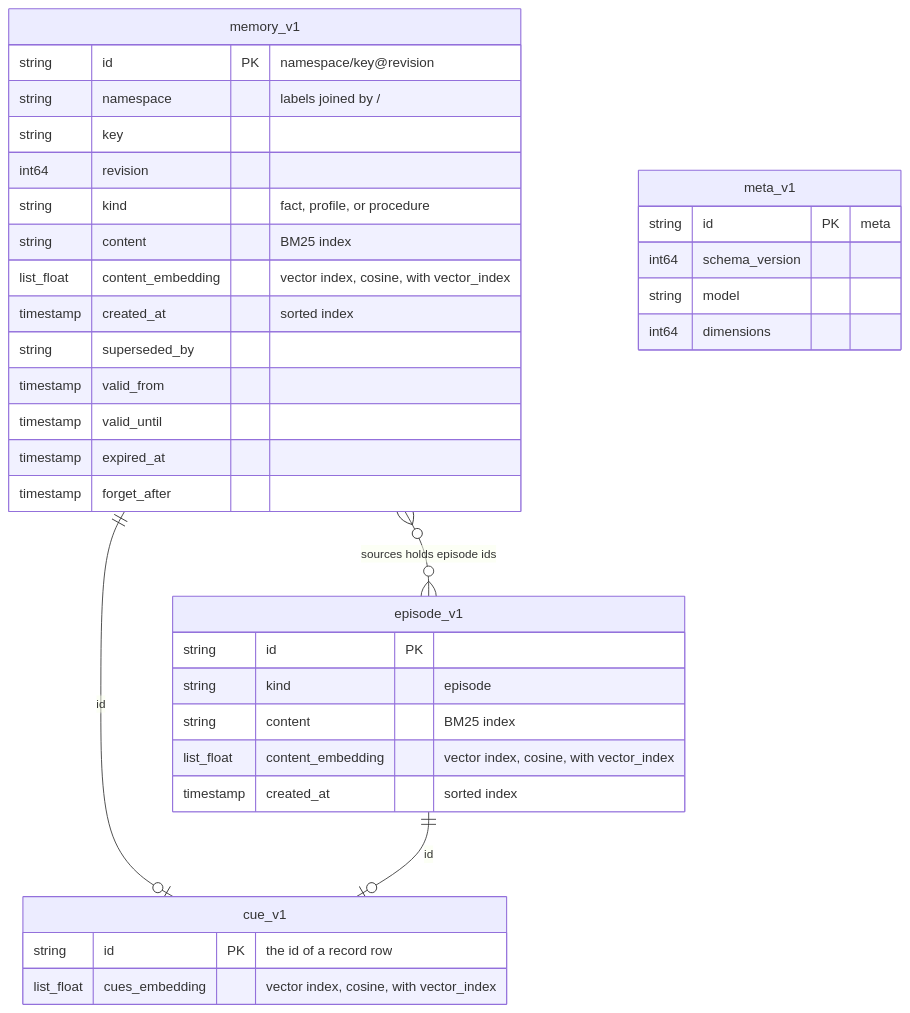
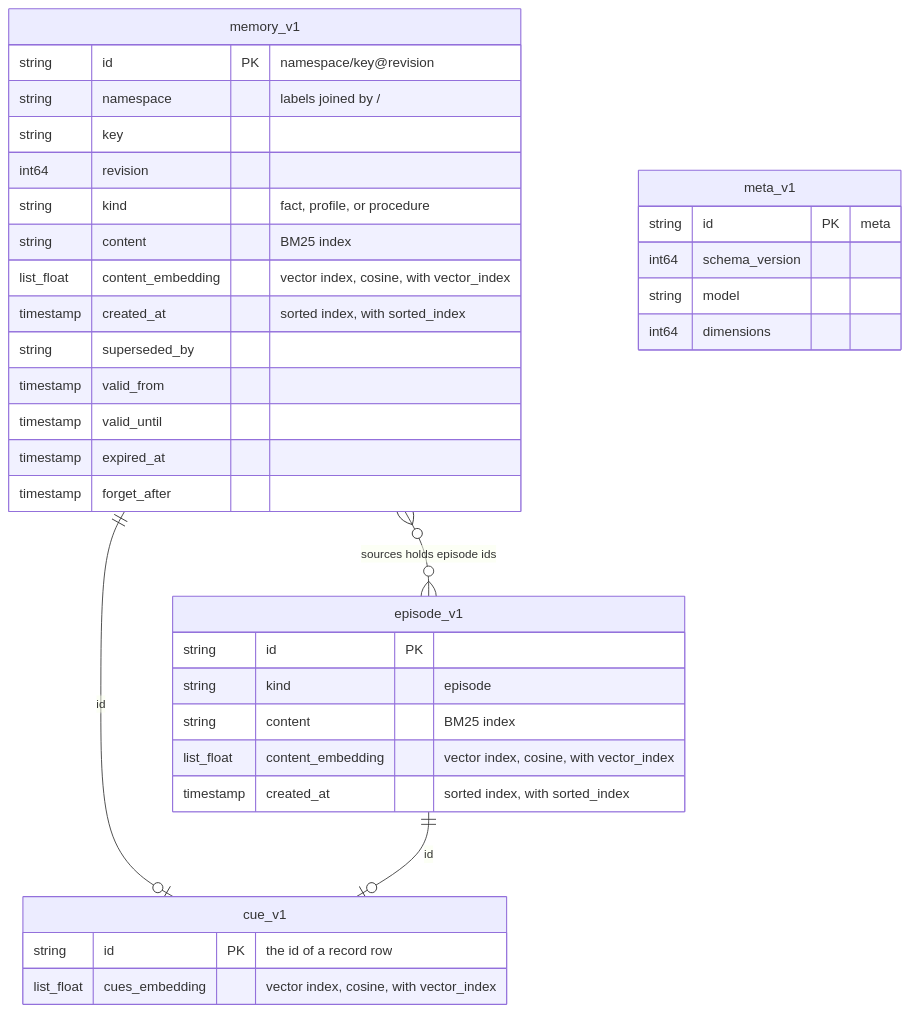
The second of 12 diagrams in docs/internal/architecture.md (hotdata-dev/hotmemory), drawn with Mermaid before and after one commit. The commit also changed other lines of this file and 6 other files, not shown here.

First line of the commit message:
Phase 11: the sorted index on created_at becomes an option, off by default

````diff
--- a/docs/internal/architecture.md
+++ b/docs/internal/architecture.md
@@ -78,38 +78,38 @@
 ```mermaid
 erDiagram
     memory_v1 ||--o| cue_v1 : "id"
     episode_v1 ||--o| cue_v1 : "id"
     memory_v1 }o--o{ episode_v1 : "sources holds episode ids"
     memory_v1 {
         string id PK "namespace/key@revision"
         string namespace "labels joined by /"
         string key
         int64 revision
         string kind "fact, profile, or procedure"
         string content "BM25 index"
         list_float content_embedding "vector index, cosine, with vector_index"
-        timestamp created_at "sorted index"
+        timestamp created_at "sorted index, with sorted_index"
         string superseded_by
         timestamp valid_from
         timestamp valid_until
         timestamp expired_at
         timestamp forget_after
     }
     episode_v1 {
         string id PK
         string kind "episode"
         string content "BM25 index"
         list_float content_embedding "vector index, cosine, with vector_index"
-        timestamp created_at "sorted index"
+        timestamp created_at "sorted index, with sorted_index"
     }
     cue_v1 {
         string id PK "the id of a record row"
         list_float cues_embedding "vector index, cosine, with vector_index"
     }
     meta_v1 {
         string id PK "meta"
         int64 schema_version
         string model
         int64 dimensions
     }
 ```
````
